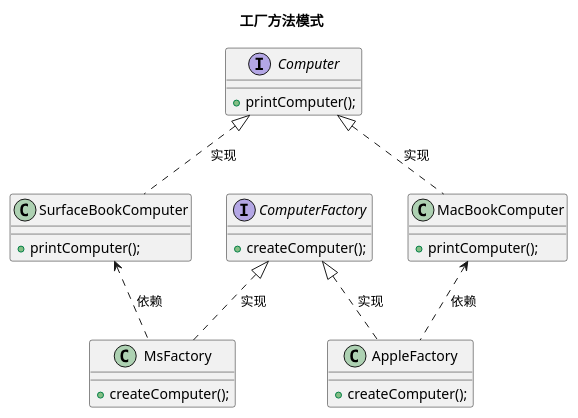
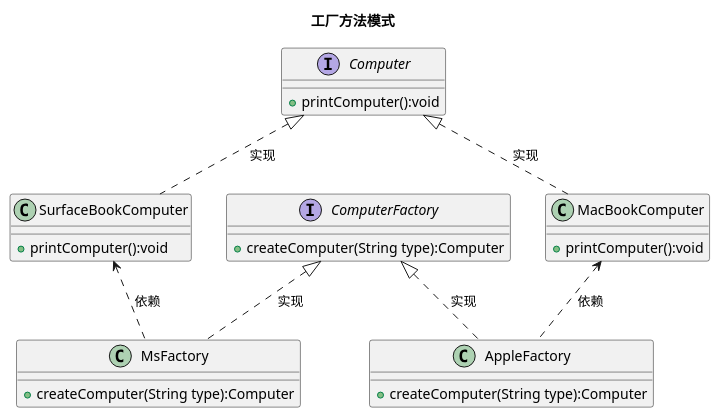
Before and after one commit to MikeWrong/uml: the diagram in 工厂方法模式.puml, drawn with PlantUML. The commit also changed 2 other files, not shown here.

```diff
--- a/工厂方法模式.puml
+++ b/工厂方法模式.puml
@@ -1,44 +1,44 @@
 @startuml
 title 工厂方法模式
 
 interface Computer{
-+printComputer();
++printComputer():void
 }
 
 class SurfaceBookComputer{
-+printComputer();
++printComputer():void
 }
 
 class MacBookComputer{
-+printComputer();
++printComputer():void
 }
 
 Computer<|..SurfaceBookComputer:实现
 Computer<|..MacBookComputer:实现
 
 interface ComputerFactory{
-+createComputer();
++createComputer(String type):Computer
 }
 
 class MsFactory{
-+createComputer();
++createComputer(String type):Computer
 }
 
 class AppleFactory{
-+createComputer();
++createComputer(String type):Computer
 }
 
 ComputerFactory<|..MsFactory:实现
 ComputerFactory<|..AppleFactory:实现
 
-SurfaceBookComputer<..MsFactory:依赖
-MacBookComputer<..AppleFactory:依赖
+SurfaceBookComputer<.down.MsFactory:依赖
+MacBookComputer<.down.AppleFactory:依赖
 
 /'对于工厂方法模式而言，是通过扩展来新增具体类的，符合开闭原则，
 但是在客户端就必须要感知到具体的工厂类，也就是将判断逻辑由简单
 工厂的工厂类挪到客户端。工厂模式横向扩展很方便，假如该工厂又有
 新的产品 Macbook Air 要生产，那么只需要创建相应的工厂类和产
 品类去实现抽象工厂接口和抽象产品接口即可，而不用去修改原有已经
 存在的代码。'/
 
 @enduml
```
